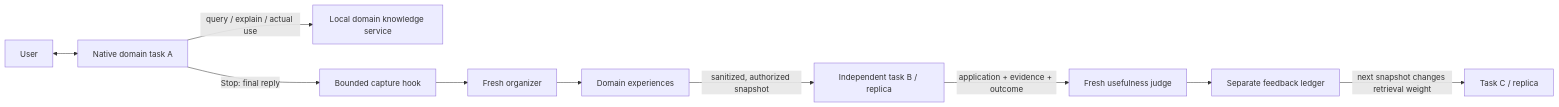
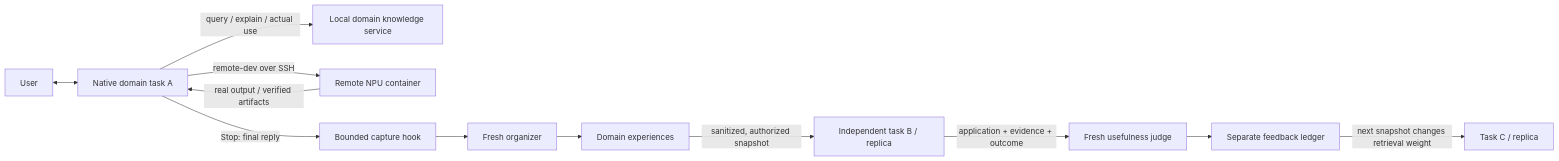
One commit to mindie-agent/mindie-agent-codex changed the diagram in README.md. Above: the diagram before and after it, drawn with Mermaid. The commit also changed other lines of this file and 6 other files, not shown here.

Commit message:
feat: connect official knowledge feed and core remote-dev tools

````diff
--- a/README.md
+++ b/README.md
@@ -7,12 +8,14 @@
 ```mermaid
 flowchart LR
   U[User] <--> A[Native domain task A]
   A -->|query / explain / actual use| K[Local domain knowledge service]
+  A -->|remote-dev over SSH| N[Remote NPU container]
+  N -->|real output / verified artifacts| A
   A -->|Stop: final reply| H[Bounded capture hook]
   H --> O[Fresh organizer]
   O --> E[Domain experiences]
   E -->|sanitized, authorized snapshot| B[Independent task B / replica]
   B -->|application + evidence + outcome| J[Fresh usefulness judge]
   J --> F[Separate feedback ledger]
   F -->|next snapshot changes retrieval weight| C[Task C / replica]
 ```
````
